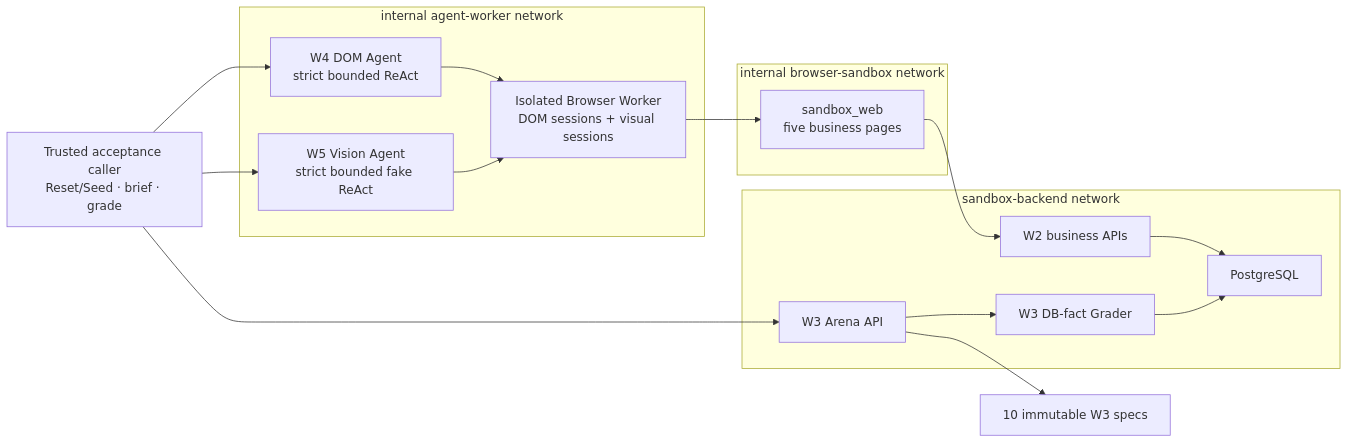
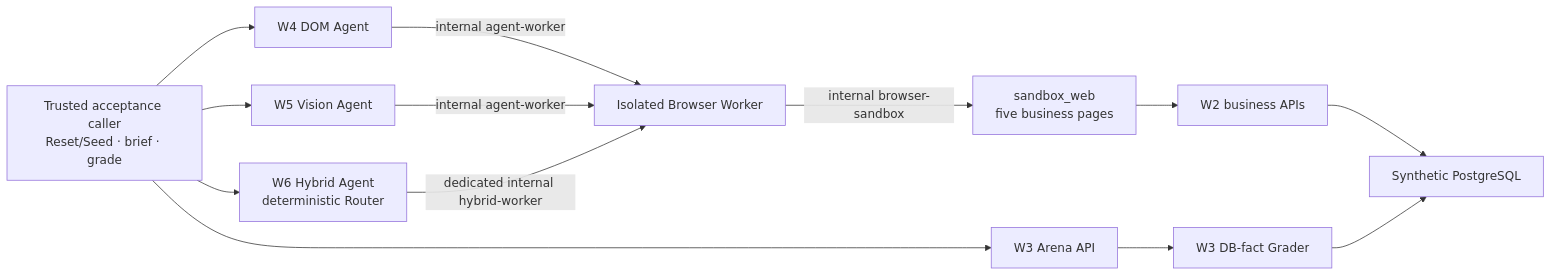
The first of 2 diagrams in docs/architecture.md (taka-wzx/flowpilot-arena), drawn with Mermaid before and after one commit. The commit also changed other lines of this file and 41 other files, not shown here.

Commit message:
feat: add bounded hybrid router

```diff
--- a/docs/architecture.md
+++ b/docs/architecture.md
@@ -16,31 +10,16 @@
 ~~~mermaid
 flowchart LR
     Caller["Trusted acceptance caller<br/>Reset/Seed · brief · grade"] --> Arena["W3 Arena API"]
-    Caller --> DomAgent["W4 DOM Agent<br/>strict bounded ReAct"]
-    Caller --> VisionAgent["W5 Vision Agent<br/>strict bounded fake ReAct"]
-    DomAgent --> Worker["Isolated Browser Worker<br/>DOM sessions + visual sessions"]
-    VisionAgent --> Worker
-    Worker --> Web["sandbox_web<br/>five business pages"]
+    Caller --> DomAgent["W4 DOM Agent"]
+    Caller --> VisionAgent["W5 Vision Agent"]
+    Caller --> HybridAgent["W6 Hybrid Agent<br/>deterministic Router"]
+    DomAgent -->|"internal agent-worker"| Worker["Isolated Browser Worker"]
+    VisionAgent -->|"internal agent-worker"| Worker
+    HybridAgent -->|"dedicated internal hybrid-worker"| Worker
+    Worker -->|"internal browser-sandbox"| Web["sandbox_web<br/>five business pages"]
     Web --> Business["W2 business APIs"]
-    Arena --> Specs["10 immutable W3 specs"]
     Arena --> Grader["W3 DB-fact Grader"]
-    Business --> DB["PostgreSQL"]
+    Business --> DB["Synthetic PostgreSQL"]
     Grader --> DB
 
-    subgraph AgentNetwork["internal agent-worker network"]
-        DomAgent
-        VisionAgent
-        Worker
-    end
-    subgraph BrowserNetwork["internal browser-sandbox network"]
-        Worker
-        Web
-    end
-    subgraph SandboxNetwork["sandbox-backend network"]
-        Web
-        Business
-        Arena
-        Grader
-        DB
-    end
 ~~~
```
